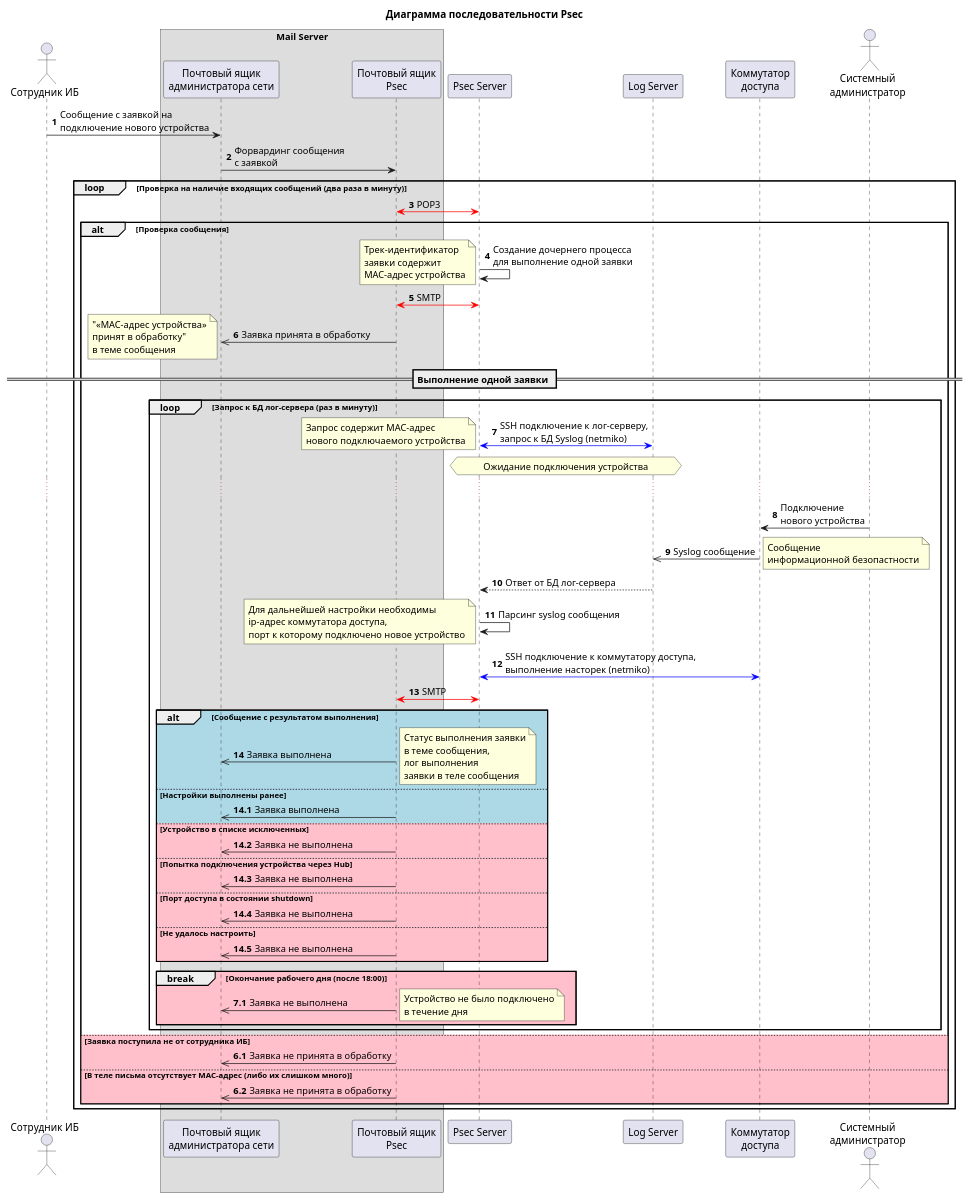
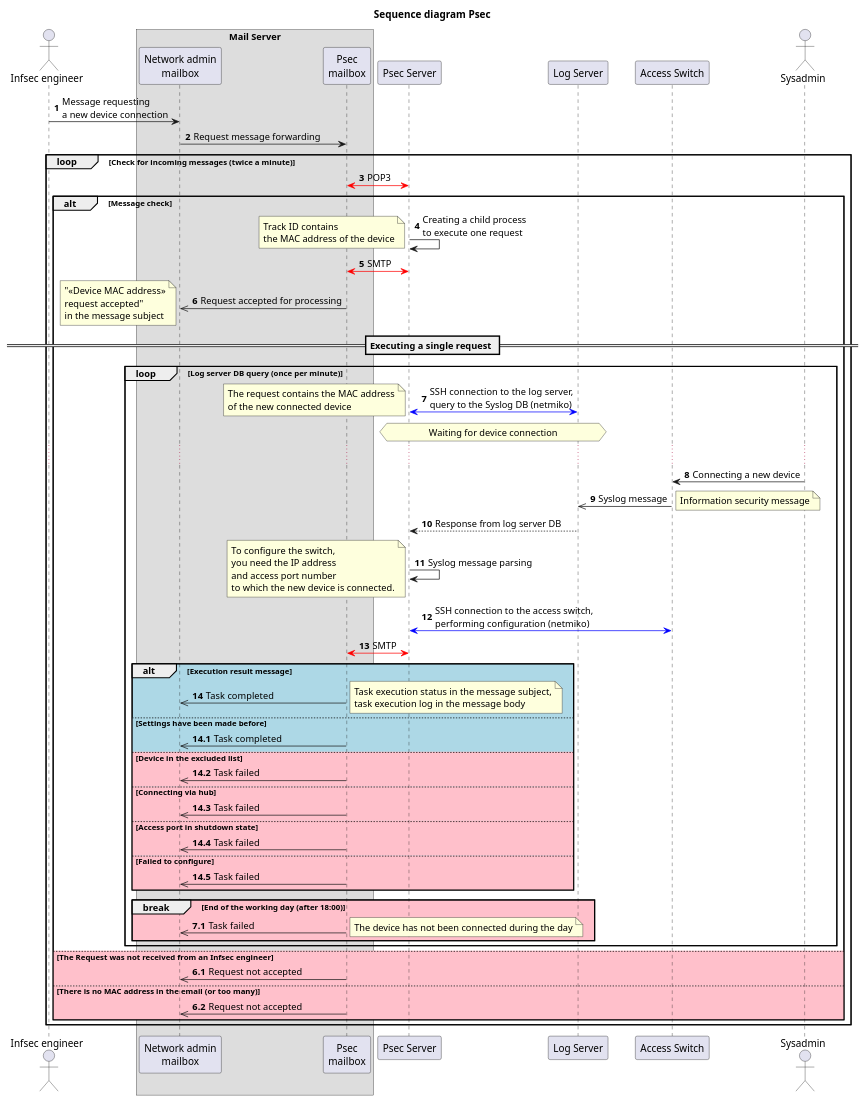
One commit to dzmartli/psec changed the diagram in psec.puml. Above: the diagram before and after it, drawn with PlantUML. The commit also changed other lines of this file and 9 other files, not shown here.

```diff
--- a/psec.puml
+++ b/psec.puml
@@ -1,91 +1,87 @@
 @startuml
-title Диаграмма последовательности Psec
+title Sequence diagram Psec
 autonumber
-actor "Сотрудник ИБ" as Foo
+actor "Infsec engineer" as Foo
 box "Mail Server"
-participant "Почтовый ящик\nадминистратора сети" as Foo1
-participant "Почтовый ящик\nPsec" as Foo2
+participant "Network admin\nmailbox" as Foo1
+participant "Psec\nmailbox" as Foo2
 end box
 participant "Psec Server" as Foo3
 participant "Log Server" as Foo4
-participant "Коммутатор\nдоступа" as Foo5
-actor "Системный\nадминистратор" as Foo6
-Foo -> Foo1 : Сообщение с заявкой на\nподключение нового устройства
-Foo1 -> Foo2 : Форвардинг сообщения\nс заявкой
-loop Проверка на наличие входящих сообщений (два раза в минуту)
+participant "Access Switch" as Foo5
+actor "Sysadmin" as Foo6
+Foo -> Foo1 : Message requesting\na new device connection
+Foo1 -> Foo2 : Request message forwarding
+loop Check for incoming messages (twice a minute)
     Foo3 <-[#red]> Foo2 : POP3
-alt Проверка сообщения
-    Foo3 -> Foo3 : Создание дочернего процесса\nдля выполнение одной заявки
+alt Message check
+    Foo3 -> Foo3 : Creating a child process\nto execute one request
     note left
-     Трек-идентификатор
-     заявки содержит
-     MAC-адрес устройства
+     Track ID contains
+     the MAC address of the device
     end note
     Foo3 <-[#red]> Foo2 : SMTP
-    Foo2 ->> Foo1 : Заявка принята в обработку
+    Foo2 ->> Foo1 : Request accepted for processing
     note left
-     "<<MAC-адрес устройства>>
-     принят в обработку"
-     в теме сообщения
+     "<<Device MAC address>>
+     request accepted"
+     in the message subject
     end note
-    == Выполнение одной заявки ==
-    loop Запрос к БД лог-сервера (раз в минуту)
-        Foo3 <-[#blue]> Foo4 : SSH подключение к лог-серверу,\nзапрос к БД Syslog (netmiko)
+    == Executing a single request ==
+    loop Log server DB query (once per minute)
+        Foo3 <-[#blue]> Foo4 : SSH connection to the log server,\nquery to the Syslog DB (netmiko)
         note left
-         Запрос содержит MAC-адрес
-         нового подключаемого устройства
+         The request contains the MAC address
+         of the new connected device
         end note
-        hnote over Foo3, Foo4 : Ожидание подключения устройства
+        hnote over Foo3, Foo4 : Waiting for device connection
         ...
-        Foo6 -> Foo5 : Подключение\nнового устройства
-        Foo5 ->> Foo4 : Syslog сообщение
+        Foo6 -> Foo5 : Connecting a new device
+        Foo5 ->> Foo4 : Syslog message
         note right
-         Сообщение
-         информационной безопастности
+         Information security message
         end note
-        Foo4 --> Foo3 : Ответ от БД лог-сервера
-        Foo3 -> Foo3 : Парсинг syslog сообщения
+        Foo4 --> Foo3 : Response from log server DB
+        Foo3 -> Foo3 : Syslog message parsing
         note left
-         Для дальнейшей настройки необходимы
-         ip-адрес коммутатора доступа,
-         порт к которому подключено новое устройство
+         To configure the switch,
+         you need the IP address
+         and access port number
+         to which the new device is connected.
         end note
-        Foo3 <-[#blue]> Foo5 : SSH подключение к коммутатору доступа,\nвыполнение насторек (netmiko)
+        Foo3 <-[#blue]> Foo5 : SSH connection to the access switch,\nperforming configuration (netmiko)
         Foo3 <-[#red]> Foo2 : SMTP
-        alt #LightBlue Сообщение с результатом выполнения
-            Foo2 ->> Foo1 : Заявка выполнена
+        alt #LightBlue Execution result message
+            Foo2 ->> Foo1 : Task completed
             note right
-             Статус выполнения заявки
-             в теме сообщения,
-             лог выполнения
-             заявки в теле сообщения
+             Task execution status in the message subject,
+             task execution log in the message body
             end note
         autonumber 14.1
-        else #LightBlue Настройки выполнены ранее
-            Foo2 ->> Foo1 : Заявка выполнена
-        else #Pink Устройство в списке исключенных
-            Foo2 ->> Foo1 : Заявка не выполнена
-        else #Pink Попытка подключения устройства через Hub
-            Foo2 ->> Foo1 : Заявка не выполнена
-        else #Pink Порт доступа в состоянии shutdown
-            Foo2 ->> Foo1 : Заявка не выполнена
-        else #Pink Не удалось настроить
-            Foo2 ->> Foo1 : Заявка не выполнена
+        else #LightBlue Settings have been made before
+            Foo2 ->> Foo1 : Task completed
+        else #Pink Device in the excluded list
+            Foo2 ->> Foo1 : Task failed
+        else #Pink Connecting via hub
+            Foo2 ->> Foo1 : Task failed
+        else #Pink Access port in shutdown state
+            Foo2 ->> Foo1 : Task failed
+        else #Pink Failed to configure
+            Foo2 ->> Foo1 : Task failed
         end
         autonumber 7.1
-        break #Pink Окончание рабочего дня (после 18:00)
-            Foo2 ->> Foo1 : Заявка не выполнена
+        break #Pink End of the working day (after 18:00)
+            Foo2 ->> Foo1 : Task failed
             note right
-             Устройство не было подключено
-             в течение дня
+             The device has not been connected during the day
             end note
         end
     end
 autonumber 6.1
-else #Pink Заявка поступила не от сотрудника ИБ
-    Foo2 ->> Foo1 : Заявка не принята в обработку
-else #Pink В теле письма отсутствует MAC-адрес (либо их слишком много)
-    Foo2 ->> Foo1 : Заявка не принята в обработку
+else #Pink The Request was not received from an Infsec engineer
+    Foo2 ->> Foo1 : Request not accepted
+else #Pink There is no MAC address in the email (or too many)
+    Foo2 ->> Foo1 : Request not accepted
 end
 end
 @enduml
```
